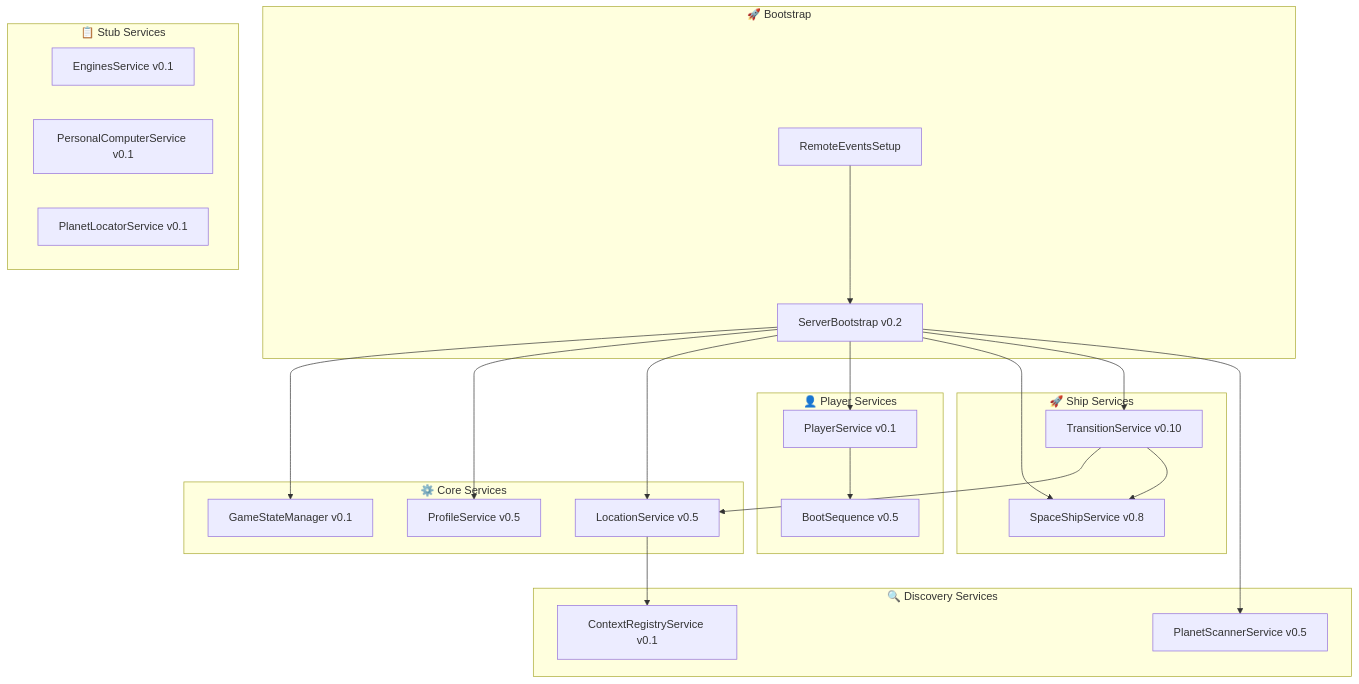
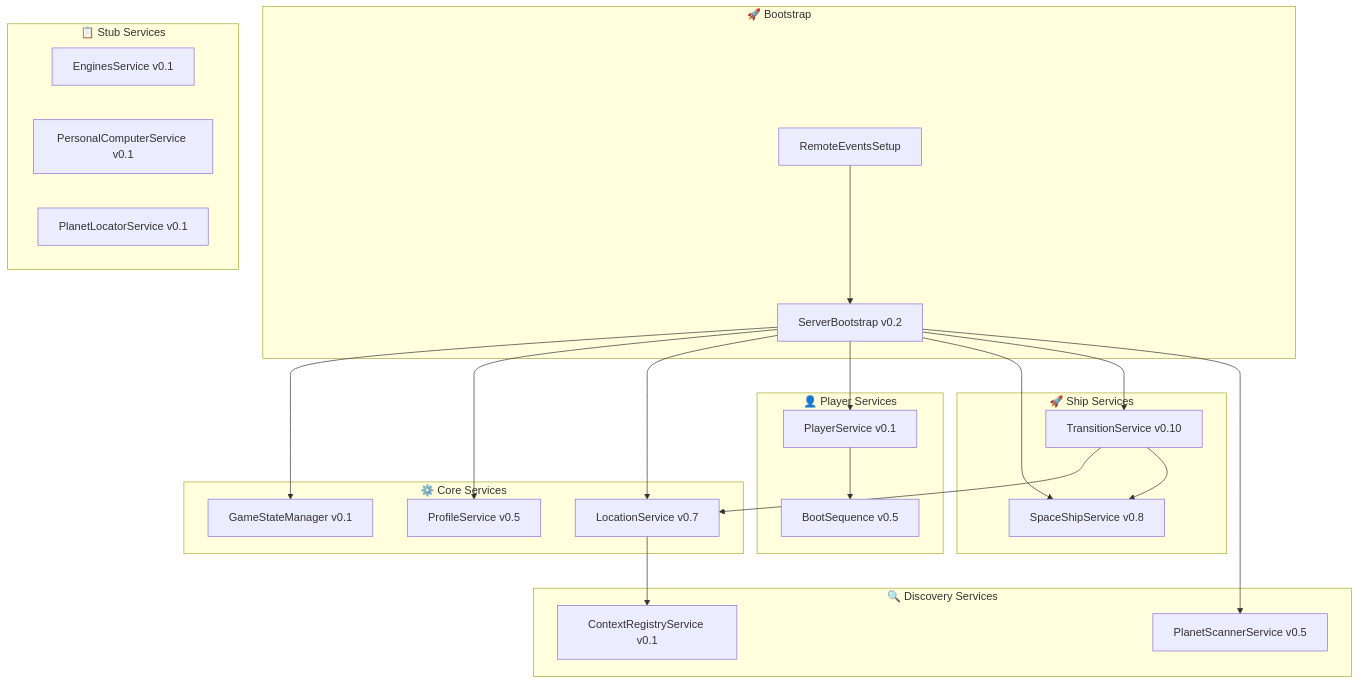
Before and after one commit to nick-fedchik/CallOfRelics: the second of 18 diagrams in Docs/TechDesign/ARCHITECTURE.md, drawn with Mermaid. The commit also changed other lines of this file and 2 other files, not shown here.

````diff
--- a/Docs/TechDesign/ARCHITECTURE.md
+++ b/Docs/TechDesign/ARCHITECTURE.md
@@ -80,48 +80,48 @@
 ```mermaid
 flowchart TB
     subgraph Bootstrap["🚀 Bootstrap"]
         RES[RemoteEventsSetup]
         SB[ServerBootstrap v0.2]
     end
 
     subgraph Core["⚙️ Core Services"]
         GSM[GameStateManager v0.1]
         PS[ProfileService v0.5]
-        LS[LocationService v0.5]
+        LS[LocationService v0.7]
     end
 
     subgraph Player["👤 Player Services"]
         PLS[PlayerService v0.1]
         BS[BootSequence v0.5]
     end
 
     subgraph Ship["🚀 Ship Services"]
         SSS[SpaceShipService v0.8]
         TS[TransitionService v0.10]
     end
 
     subgraph Discovery["🔍 Discovery Services"]
         PSS[PlanetScannerService v0.5]
         CRS[ContextRegistryService v0.1]
     end
 
     subgraph Stubs["📋 Stub Services"]
         ES[EnginesService v0.1]
         PCS[PersonalComputerService v0.1]
         PLOCS[PlanetLocatorService v0.1]
     end
 
     RES --> SB
     SB --> GSM
     SB --> PS
     SB --> LS
     SB --> PLS
     SB --> SSS
     SB --> TS
     SB --> PSS
 
     PLS --> BS
     TS --> LS
     TS --> SSS
     LS --> CRS
 ```
````
